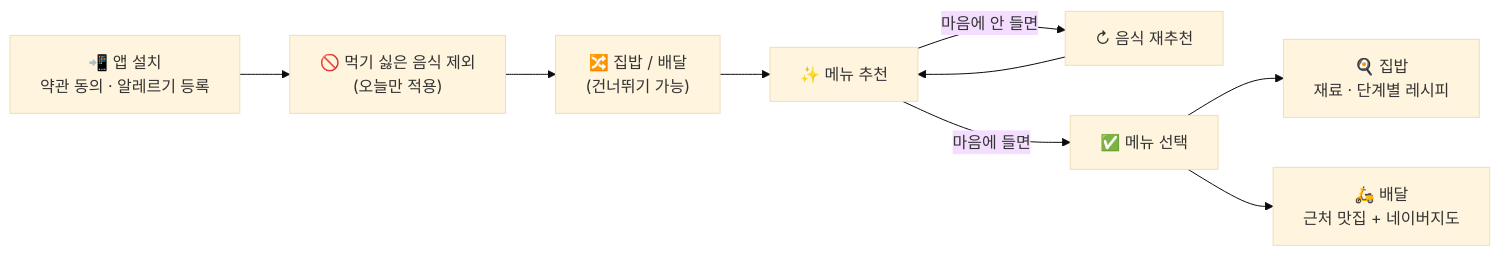
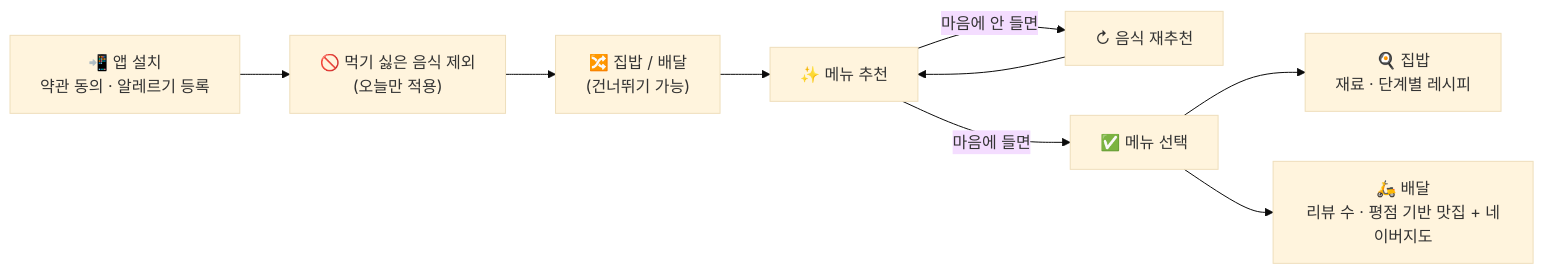
One commit to fortuna711/Adventure changed the diagram in README.md. Above: the diagram before and after it, drawn with Mermaid (base theme). The commit also changed other lines of this file, not shown here.

````diff
--- a/README.md
+++ b/README.md
@@ -20,11 +20,11 @@
 ```mermaid
 flowchart LR
     A["📲 앱 설치<br/>약관 동의 · 알레르기 등록"] --> B["🚫 먹기 싫은 음식 제외<br/>(오늘만 적용)"]
     B --> C["🔀 집밥 / 배달<br/>(건너뛰기 가능)"]
     C --> D["✨ 메뉴 추천"]
     D -->|마음에 안 들면| E["↻ 음식 재추천"]
     E --> D
     D -->|마음에 들면| F["✅ 메뉴 선택"]
     F --> G["🍳 집밥<br/>재료 · 단계별 레시피"]
-    F --> H["🛵 배달<br/>근처 맛집 + 네이버지도"]
+    F --> H["🛵 배달<br/>리뷰 수 · 평점 기반 맛집 + 네이버지도"]
 ```
````
